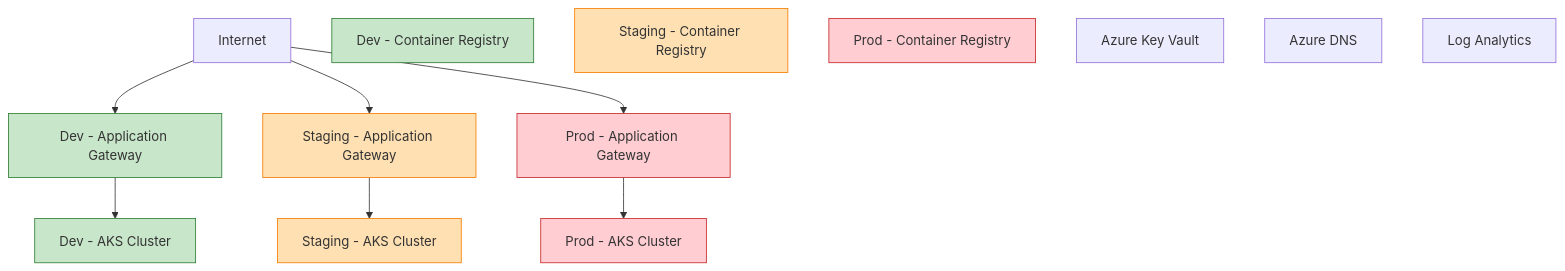
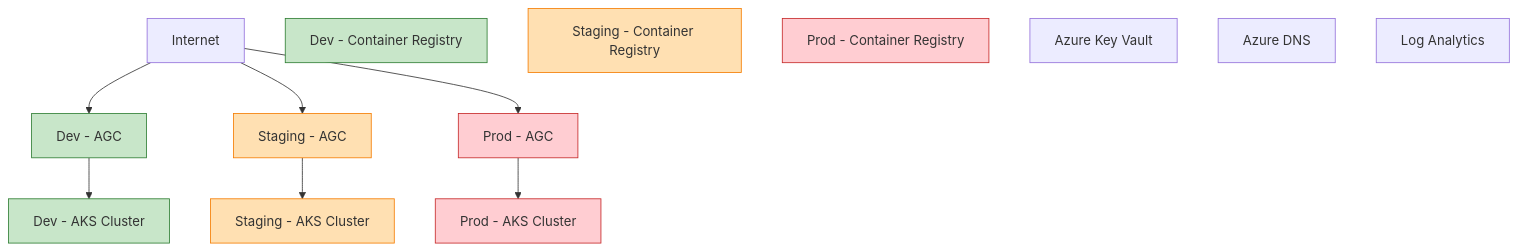
The first of 11 diagrams in docs/architecture.md (cmcconnell1/aks-platform), drawn with Mermaid before and after one commit. The commit also changed other lines of this file and 42 other files, not shown here.

Commit message:
feat: migrate from AGIC to Application Gateway for Containers (AGC) with Gateway API

````diff
--- a/docs/architecture.md
+++ b/docs/architecture.md
@@ -7,38 +7,38 @@
 ```mermaid
 graph TB
     Internet[Internet]
 
-    DevAppGW[Dev - Application Gateway]
+    DevAGC[Dev - AGC]
     DevAKS[Dev - AKS Cluster]
     DevACR[Dev - Container Registry]
 
-    StagingAppGW[Staging - Application Gateway]
+    StagingAGC[Staging - AGC]
     StagingAKS[Staging - AKS Cluster]
     StagingACR[Staging - Container Registry]
 
-    ProdAppGW[Prod - Application Gateway]
+    ProdAGC[Prod - AGC]
     ProdAKS[Prod - AKS Cluster]
     ProdACR[Prod - Container Registry]
 
     SharedKV[Azure Key Vault]
     SharedDNS[Azure DNS]
     SharedMonitoring[Log Analytics]
 
-    Internet --> DevAppGW
-    Internet --> StagingAppGW
-    Internet --> ProdAppGW
+    Internet --> DevAGC
+    Internet --> StagingAGC
+    Internet --> ProdAGC
 
-    DevAppGW --> DevAKS
-    StagingAppGW --> StagingAKS
-    ProdAppGW --> ProdAKS
+    DevAGC --> DevAKS
+    StagingAGC --> StagingAKS
+    ProdAGC --> ProdAKS
 
-    style DevAppGW fill:#c8e6c9,stroke:#2e7d32
+    style DevAGC fill:#c8e6c9,stroke:#2e7d32
     style DevAKS fill:#c8e6c9,stroke:#2e7d32
     style DevACR fill:#c8e6c9,stroke:#2e7d32
-    style StagingAppGW fill:#ffe0b2,stroke:#f57c00
+    style StagingAGC fill:#ffe0b2,stroke:#f57c00
     style StagingAKS fill:#ffe0b2,stroke:#f57c00
     style StagingACR fill:#ffe0b2,stroke:#f57c00
-    style ProdAppGW fill:#ffcdd2,stroke:#c62828
+    style ProdAGC fill:#ffcdd2,stroke:#c62828
     style ProdAKS fill:#ffcdd2,stroke:#c62828
     style ProdACR fill:#ffcdd2,stroke:#c62828
 ```
````
